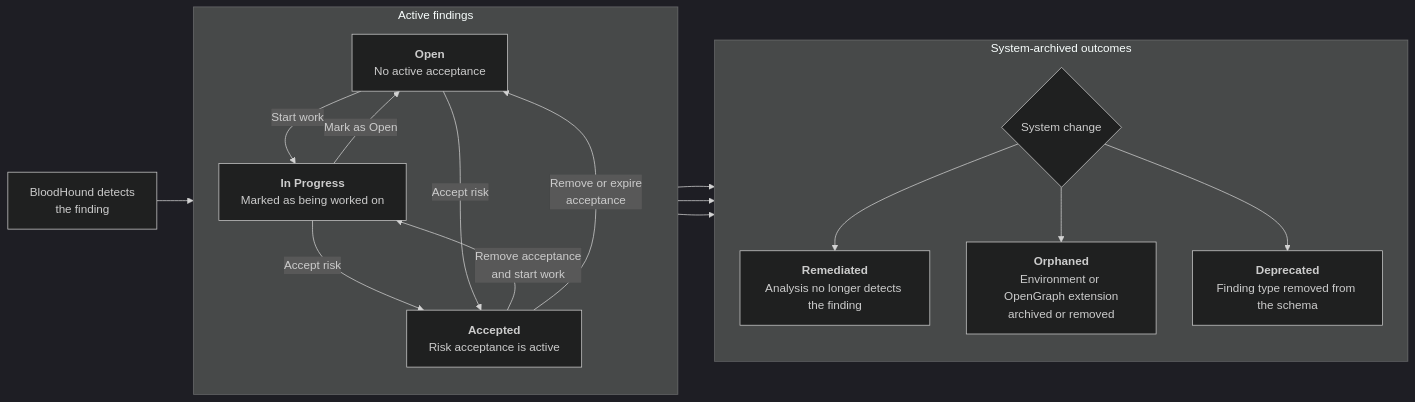
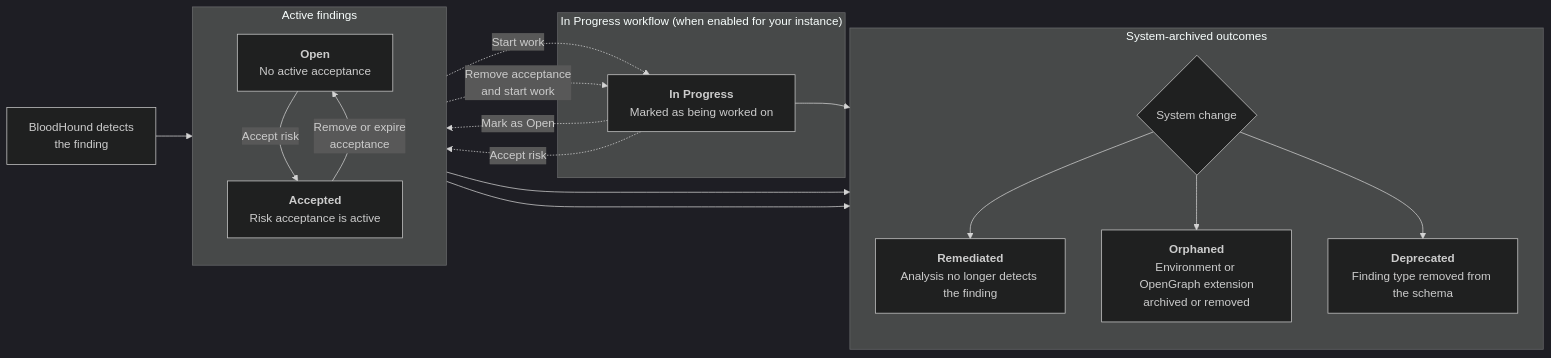
Before and after one commit to SpecterOps/bloodhound-docs: the diagram in docs/analyze-data/findings/table-view.mdx, drawn with Mermaid (dark theme). The commit also changed other lines of this file, not shown here.

Commit message:
docs: align draft with implementation

````diff
--- a/docs/analyze-data/findings/table-view.mdx
+++ b/docs/analyze-data/findings/table-view.mdx
@@ -247,32 +250,36 @@
 ```mermaid
 flowchart LR
     detected["BloodHound detects<br/>the finding"] --> open
 
     subgraph active["Active findings"]
         direction TB
         open["<b>Open</b><br/>No active acceptance"]
-        inProgress["<b>In Progress</b><br/>Marked as being worked on"]
         accepted["<b>Accepted</b><br/>Risk acceptance is active"]
-        open -->|"Start work"| inProgress
-        inProgress -->|"Mark as Open"| open
-        inProgress -->|"Accept risk"| accepted
-        accepted -->|"Remove acceptance<br/>and start work"| inProgress
         open -->|"Accept risk"| accepted
         accepted -->|"Remove or expire<br/>acceptance"| open
     end
+
+    subgraph gated["In Progress workflow (when enabled for your instance)"]
+        inProgress["<b>In Progress</b><br/>Marked as being worked on"]
+    end
+
+    open -.->|"Start work"| inProgress
+    inProgress -.->|"Mark as Open"| open
+    inProgress -.->|"Accept risk"| accepted
+    accepted -.->|"Remove acceptance<br/>and start work"| inProgress
 
     open --> systemChange
     inProgress --> systemChange
     accepted --> systemChange
 
     subgraph archived["System-archived outcomes"]
         direction TB
         systemChange{"System change"}
         remediated["<b>Remediated</b><br/>Analysis no longer detects the finding"]
         orphaned["<b>Orphaned</b><br/>Environment or OpenGraph extension<br/>archived or removed"]
         deprecated["<b>Deprecated</b><br/>Finding type removed from the schema"]
         systemChange --> remediated
         systemChange --> orphaned
         systemChange --> deprecated
     end
 ```
````
